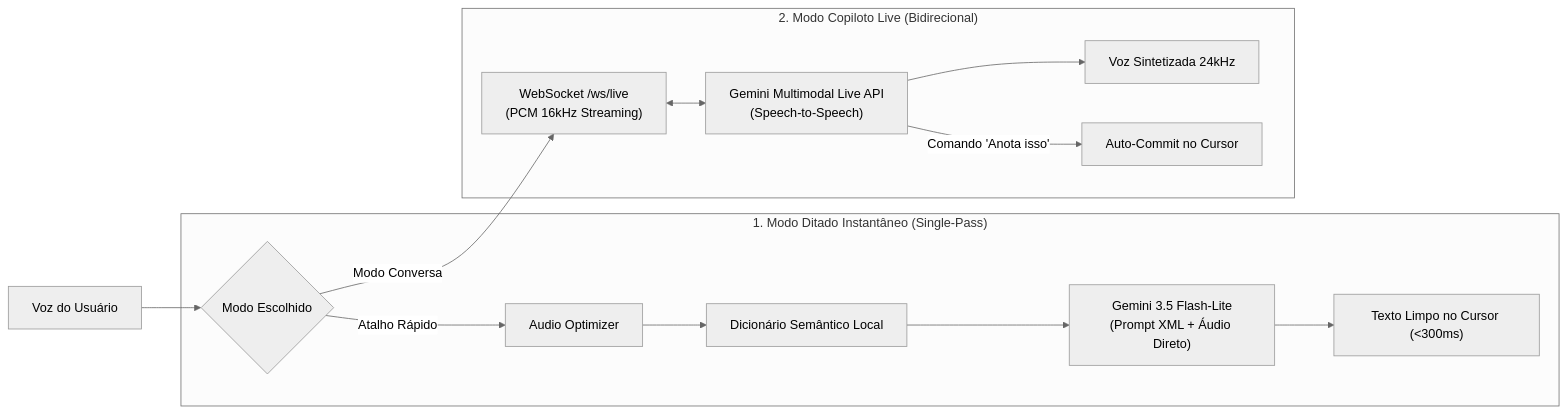
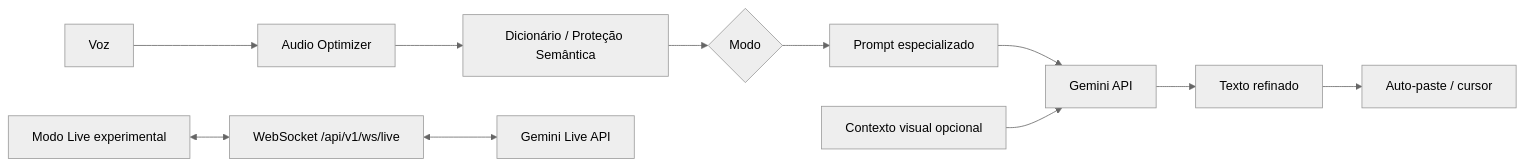
One commit to HelderPetrica/RefinaVoz changed the diagram in README.md. Above: the diagram before and after it, drawn with Mermaid (neutral theme). The commit also changed other lines of this file, not shown here.

Commit message:
docs: reposition RefinaVoz as Windows-first open-source beta

````diff
--- a/README.md
+++ b/README.md
@@ -72,18 +33,14 @@
 ```mermaid
 flowchart LR
-    A[Voz do Usuário] --> B{Modo Escolhido}
-    
-    subgraph Engine1["1. Modo Ditado Instantâneo (Single-Pass)"]
-        B -- "Atalho Rápido" --> C[Audio Optimizer]
-        C --> D[Dicionário Semântico Local]
-        D --> E["Gemini 3.5 Flash-Lite<br/>(Prompt XML + Áudio Direto)"]
-        E --> F["Texto Limpo no Cursor (<300ms)"]
-    end
+    A[Voz] --> B[Audio Optimizer]
+    B --> C[Dicionário / Proteção Semântica]
+    C --> D{Modo}
+    D --> E[Prompt especializado]
+    E --> F[Gemini API]
+    G[Contexto visual opcional] --> F
+    F --> H[Texto refinado]
+    H --> I[Auto-paste / cursor]
 
-    subgraph Engine2["2. Modo Copiloto Live (Bidirecional)"]
-        B -- "Modo Conversa" --> G["WebSocket /ws/live<br/>(PCM 16kHz Streaming)"]
-        G <--> H["Gemini Multimodal Live API<br/>(Speech-to-Speech)"]
-        H --> I[Voz Sintetizada 24kHz]
-        H -- "Comando 'Anota isso'" --> J["Auto-Commit no Cursor"]
-    end
+    J[Modo Live experimental] <--> K[WebSocket /api/v1/ws/live]
+    K <--> L[Gemini Live API]
 ```
````
